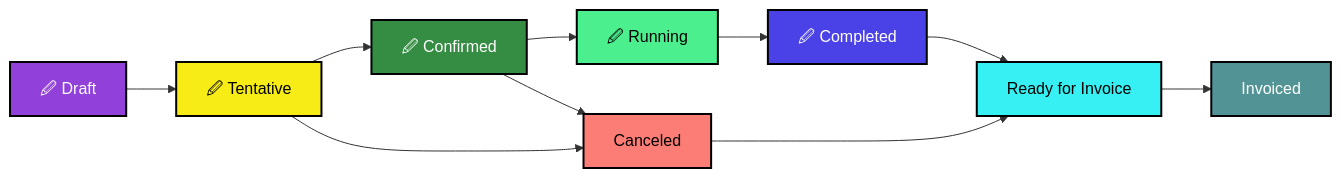
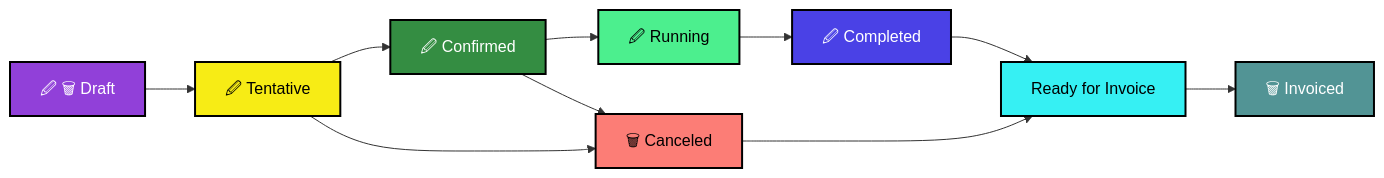
One commit to SkylineCommunications/dataminer-docs changed the diagram in user-guide/Standard_Apps/MediaOps/Apps/Scheduling/MO_S_Job_States.md. Above: the diagram before and after it, drawn with Mermaid. The commit also changed other lines of this file, not shown here.

Commit message:
Added changes to Job States doc

````diff
--- a/user-guide/Standard_Apps/MediaOps/Apps/Scheduling/MO_S_Job_States.md
+++ b/user-guide/Standard_Apps/MediaOps/Apps/Scheduling/MO_S_Job_States.md
@@ -36,21 +36,21 @@
 ```mermaid
 graph LR
-    A[🖉 Draft] --> B[🖉 Tentative]
+    A[🖉 🗑 Draft] --> B[🖉 Tentative]
     B --> C[🖉 Confirmed]
     C --> D[🖉 Running]
     D --> E[🖉 Completed]
     E --> F[Ready for Invoice]
-    F --> G[Invoiced]
-    C --> H[Canceled]
-    B --> H[Canceled]
+    F --> G[🗑 Invoiced]
+    C --> H[🗑 Canceled]
+    B --> H[🗑 Canceled]
     H --> F[Ready for Invoice]
 
     style A fill:#9140D9,stroke:#000,stroke-width:2px,color:#ffffff
     style B fill:#F7EC15,stroke:#000,stroke-width:2px,color:#000000
     style C fill:#348D42,stroke:#000,stroke-width:2px,color:#ffffff
     style D fill:#4CEF8E,stroke:#000,stroke-width:2px,color:#000000
     style E fill:#4A41E6,stroke:#000,stroke-width:2px,color:#ffffff
     style F fill:#36F0F3,stroke:#000,stroke-width:2px,color:#000000
     style G fill:#529495,stroke:#000,stroke-width:2px,color:#ffffff
     style H fill:#FC7D76,stroke:#000,stroke-width:2px,color:#000000
 ```
````
